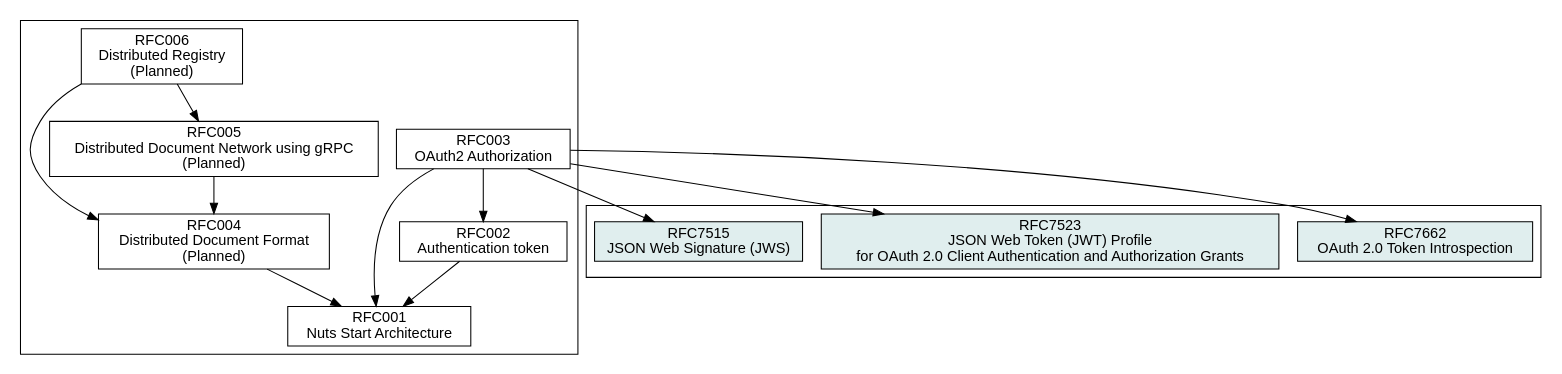
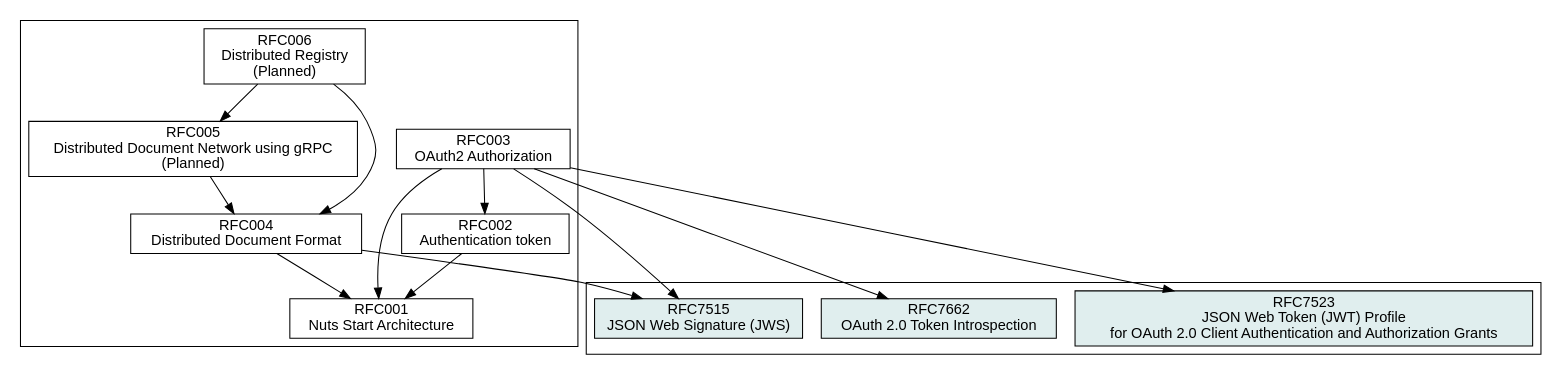
Before and after one commit to nuts-foundation/nuts-specification: the diagram in images/spec-relations.dot, drawn with Graphviz. The commit also changed 2 other files, not shown here.

```diff
--- a/images/spec-relations.dot
+++ b/images/spec-relations.dot
@@ -1,39 +1,40 @@
 digraph D {
     graph [fontname = "helvetica"];
     node [fontname = "helvetica",shape=box];
     edge [fontname = "helvetica"];
     root = RFC001;
     overlap = false;
 
     // Internal RFCs
     subgraph cluster_internal {
         RFC001 [label = "RFC001\nNuts Start Architecture",href = "rfc001-nuts-start-architecture"];
         RFC002 [label = "RFC002\nAuthentication token",href = "rfc002-authentication-token"];
         RFC003 [label = "RFC003\nOAuth2 Authorization",href = "rfc003-oauth2-authorization"];
-        RFC004 [label = "RFC004\nDistributed Document Format\n(Planned)",href = "rfc004-distributed-document-format"];
+        RFC004 [label = "RFC004\nDistributed Document Format",href = "rfc004-distributed-document-format"];
         RFC005 [label = "RFC005\nDistributed Document Network using gRPC\n(Planned)",href = "rfc005-distributed-document-network-grpc"];
         RFC006 [label = "RFC006\nDistributed Registry\n(Planned)",href = "rfc006-distributed-registry"];
     }
 
     // External RFCs
     subgraph cluster_external {
         RFC7662_EXT [label = "RFC7662\nOAuth 2.0 Token Introspection", fillcolor=azure2, style=filled, href = "https://tools.ietf.org/html/rfc7662"]
         RFC7523_EXT [label = "RFC7523\nJSON Web Token (JWT) Profile\nfor OAuth 2.0 Client Authentication and Authorization Grants", fillcolor=azure2, style=filled, href = "https://tools.ietf.org/html/rfc7523"]
         RFC7515_EXT [label = "RFC7515\nJSON Web Signature (JWS)", fillcolor=azure2, style=filled, href = "https://tools.ietf.org/html/rfc7515"]
     }
 
     RFC002 -> RFC001
 
     RFC003 -> RFC001
     RFC003 -> RFC002
     RFC003 -> RFC7662_EXT
     RFC003 -> RFC7523_EXT
     RFC003 -> RFC7515_EXT
 
     RFC004 -> RFC001
+    RFC004 -> RFC7515_EXT
 
     RFC005 -> RFC004
 
     RFC006 -> RFC004
     RFC006 -> RFC005
 }
```
